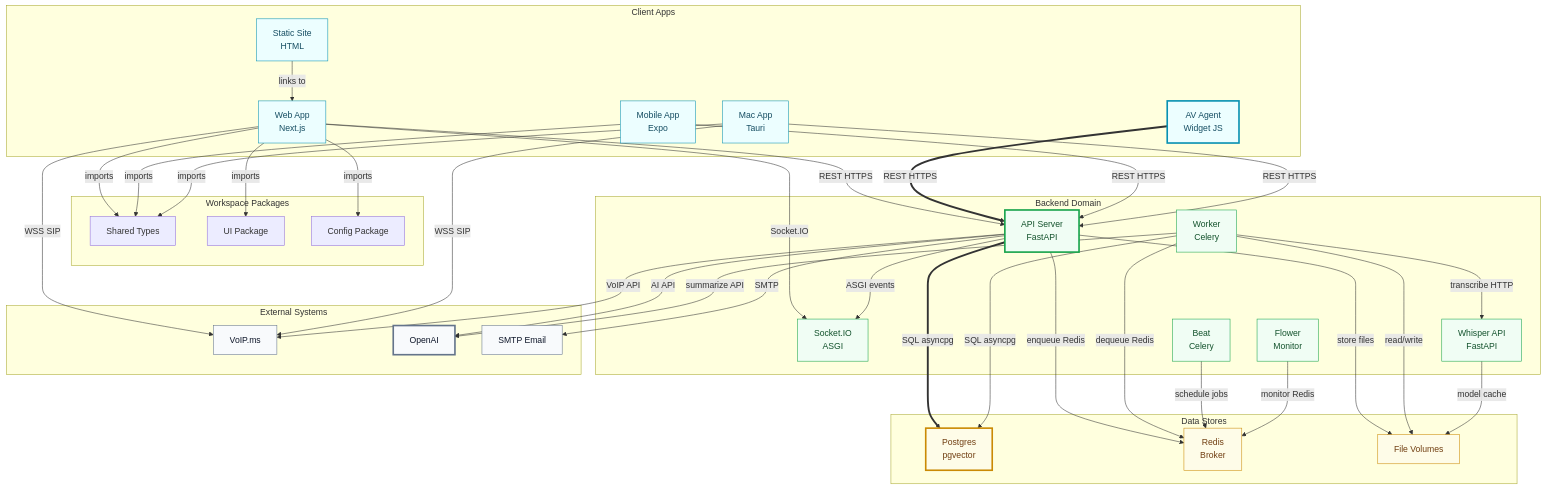
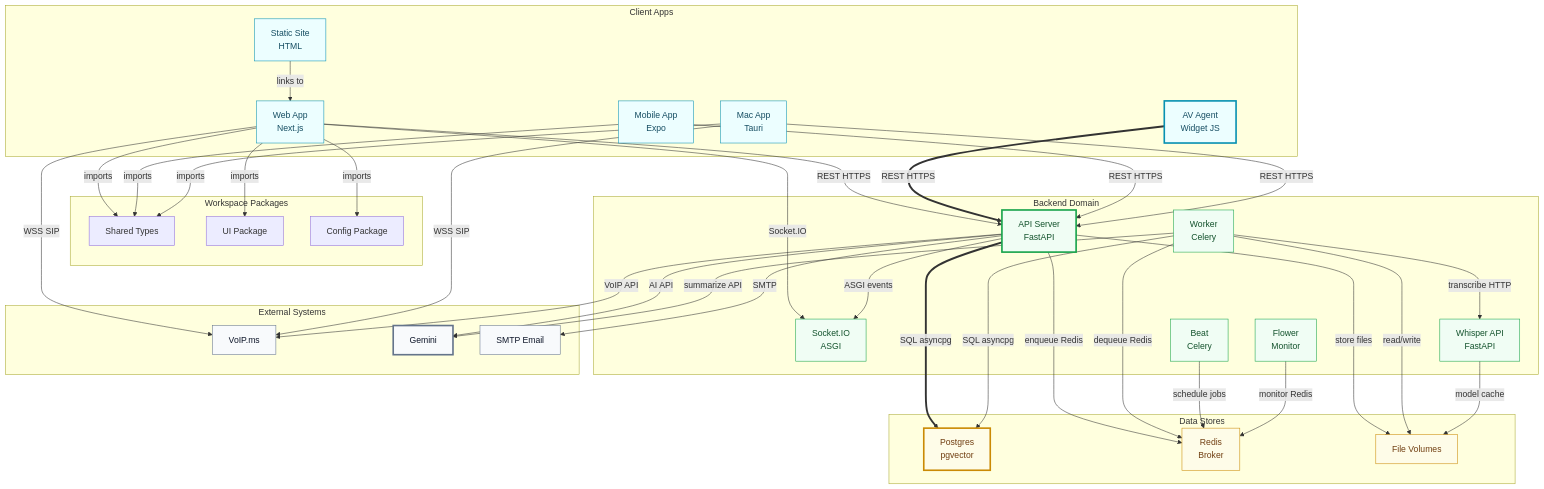
One commit to avivavirtual/avivavirtual.github.io changed the third of 5 diagrams in README.md. Above: the diagram before and after it, drawn with Mermaid. The commit also changed other lines of this file and 9 other files, not shown here.

Commit message:
Replaced OPEN_API_key with GEMINI_API_KEY

````diff
--- a/README.md
+++ b/README.md
@@ -270,78 +270,78 @@
 ```mermaid
 flowchart TD
   classDef critical fill:#fee2e2,stroke:#dc2626,stroke-width:3px,color:#7f1d1d
   classDef app fill:#ecfeff,stroke:#0891b2,color:#164e63
   classDef backend fill:#f0fdf4,stroke:#16a34a,color:#14532d
   classDef data fill:#fefce8,stroke:#ca8a04,color:#713f12
   classDef external fill:#f8fafc,stroke:#64748b,color:#0f172a
 
   subgraph Clients["Client Apps"]
     Web["Web App\nNext.js"]
     Widget["AV Agent\nWidget JS"]
     Mobile["Mobile App\nExpo"]
     Mac["Mac App\nTauri"]
     StaticSite["Static Site\nHTML"]
   end
 
   subgraph Packages["Workspace Packages"]
     Shared["Shared Types"]
     UI["UI Package"]
     Config["Config Package"]
   end
 
   subgraph Backend["Backend Domain"]
     API["API Server\nFastAPI"]
     SocketIO["Socket.IO\nASGI"]
     Worker["Worker\nCelery"]
     Beat["Beat\nCelery"]
     Flower["Flower\nMonitor"]
     Whisper["Whisper API\nFastAPI"]
   end
 
   subgraph Data["Data Stores"]
     Postgres["Postgres\npgvector"]
     Redis["Redis\nBroker"]
     Files["File Volumes"]
   end
 
   subgraph External["External Systems"]
     VoIP["VoIP.ms"]
-    OpenAI["OpenAI"]
+    Gemini["Gemini"]
     SMTP["SMTP Email"]
   end
 
   Web -->|REST HTTPS| API
   Web -->|Socket.IO| SocketIO
   Widget ==>|REST HTTPS| API
   Mobile -->|REST HTTPS| API
   Mac -->|REST HTTPS| API
   Web -->|WSS SIP| VoIP
   Mac -->|WSS SIP| VoIP
   API -->|ASGI events| SocketIO
   API ==>|SQL asyncpg| Postgres
   API -->|enqueue Redis| Redis
   API -->|store files| Files
   API -->|VoIP API| VoIP
-  API -->|AI API| OpenAI
+  API -->|AI API| Gemini
   API -->|SMTP| SMTP
   Worker -->|dequeue Redis| Redis
   Worker -->|SQL asyncpg| Postgres
   Worker -->|read/write| Files
   Worker -->|transcribe HTTP| Whisper
-  Worker -->|summarize API| OpenAI
+  Worker -->|summarize API| Gemini
   Beat -->|schedule jobs| Redis
   Flower -->|monitor Redis| Redis
   Whisper -->|model cache| Files
   Web -->|imports| Shared
   Web -->|imports| UI
   Web -->|imports| Config
   Mobile -->|imports| Shared
   Mac -->|imports| Shared
   StaticSite -->|links to| Web
 
-  class Widget,API,Postgres,OpenAI critical
+  class Widget,API,Postgres,Gemini critical
   class Web,Widget,Mobile,Mac,StaticSite app
   class API,SocketIO,Worker,Beat,Flower,Whisper backend
   class Postgres,Redis,Files data
-  class VoIP,OpenAI,SMTP external
+  class VoIP,Gemini,SMTP external
 ```
````
